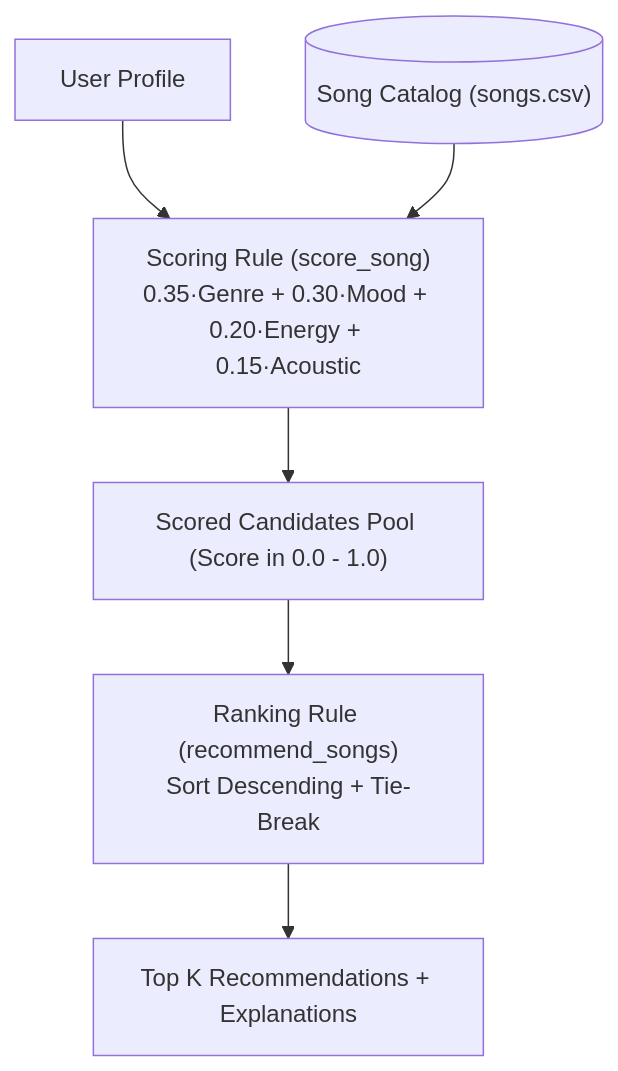
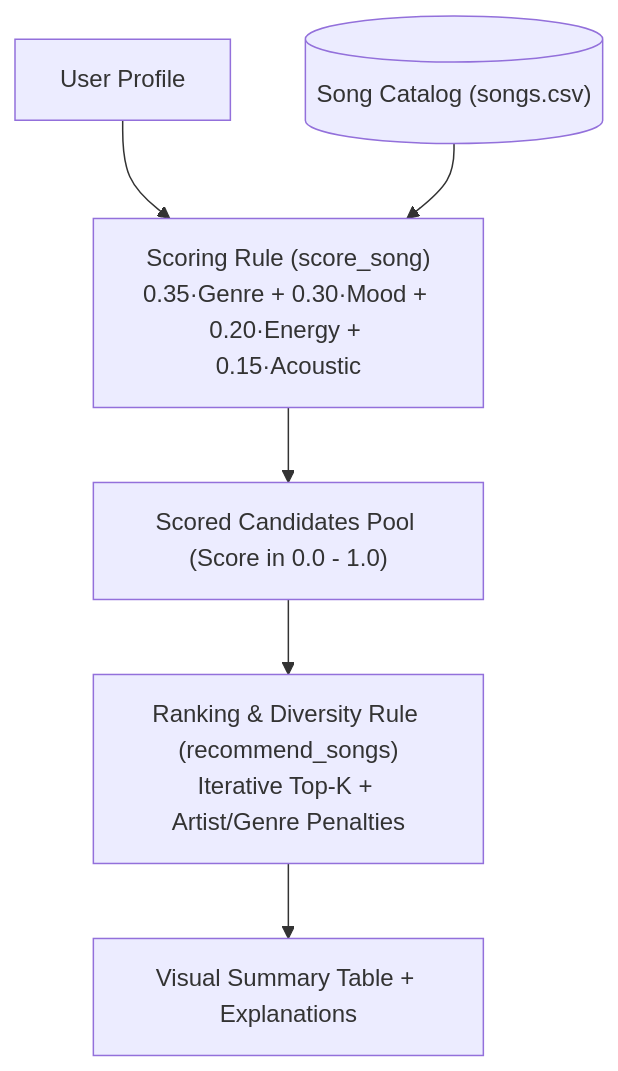
Before and after one commit to PrithviKarki/Muse-ic-advanced-ai-system-project: the diagram in README.md, drawn with Mermaid. The commit also changed other lines of this file and 4 other files, not shown here.

First line of the commit message:
feat: add diversity penalty, visual summary table, and complete Muse-ic documentation

````diff
--- a/README.md
+++ b/README.md
@@ -51,8 +42,8 @@
 ```mermaid
 flowchart TD
     UP["User Profile"] --> SCORE["Scoring Rule (score_song)<br/>0.35·Genre + 0.30·Mood + 0.20·Energy + 0.15·Acoustic"]
     CAT[("Song Catalog (songs.csv)")] --> SCORE
     SCORE --> POOL["Scored Candidates Pool (Score in 0.0 - 1.0)"]
-    POOL --> RANK["Ranking Rule (recommend_songs)<br/>Sort Descending + Tie-Break"]
-    RANK --> TOPK["Top K Recommendations + Explanations"]
+    POOL --> RANK["Ranking & Diversity Rule (recommend_songs)<br/>Iterative Top-K + Artist/Genre Penalties"]
+    RANK --> TOPK["Visual Summary Table + Explanations"]
 ```
````
